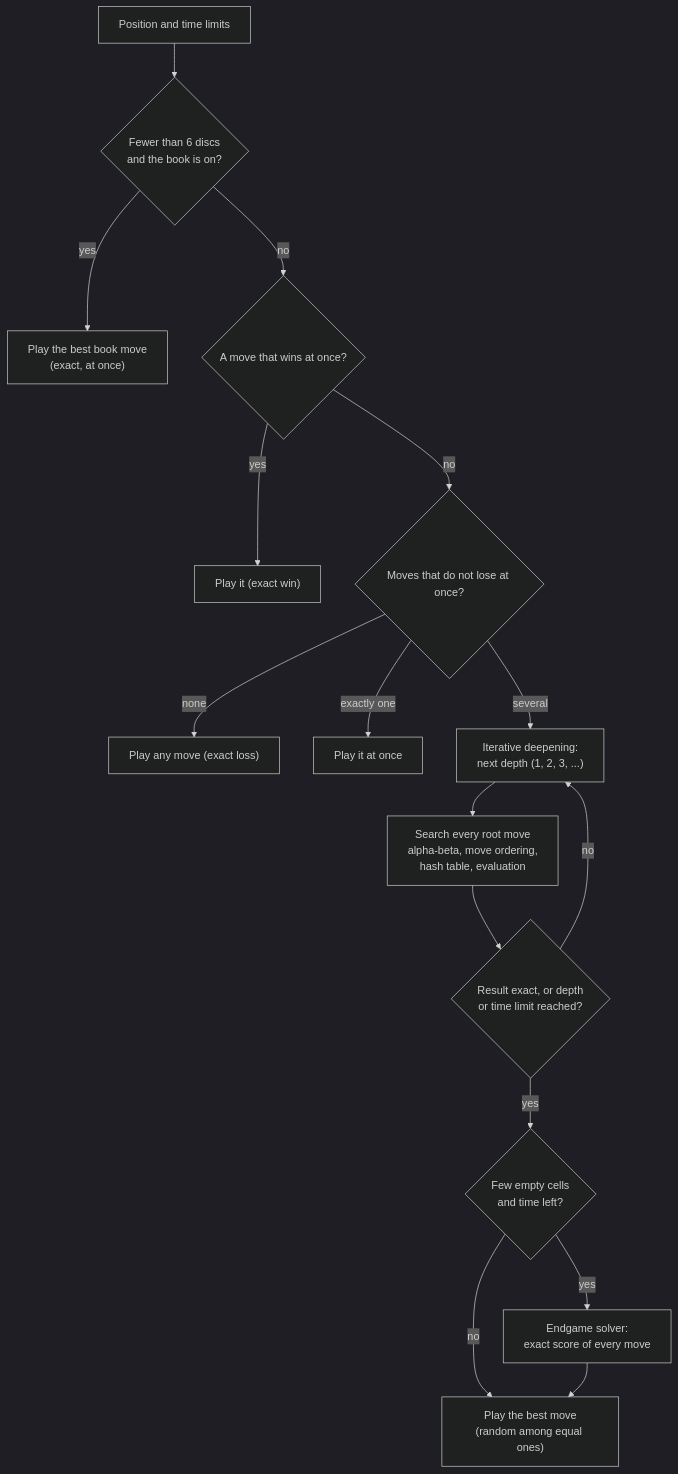
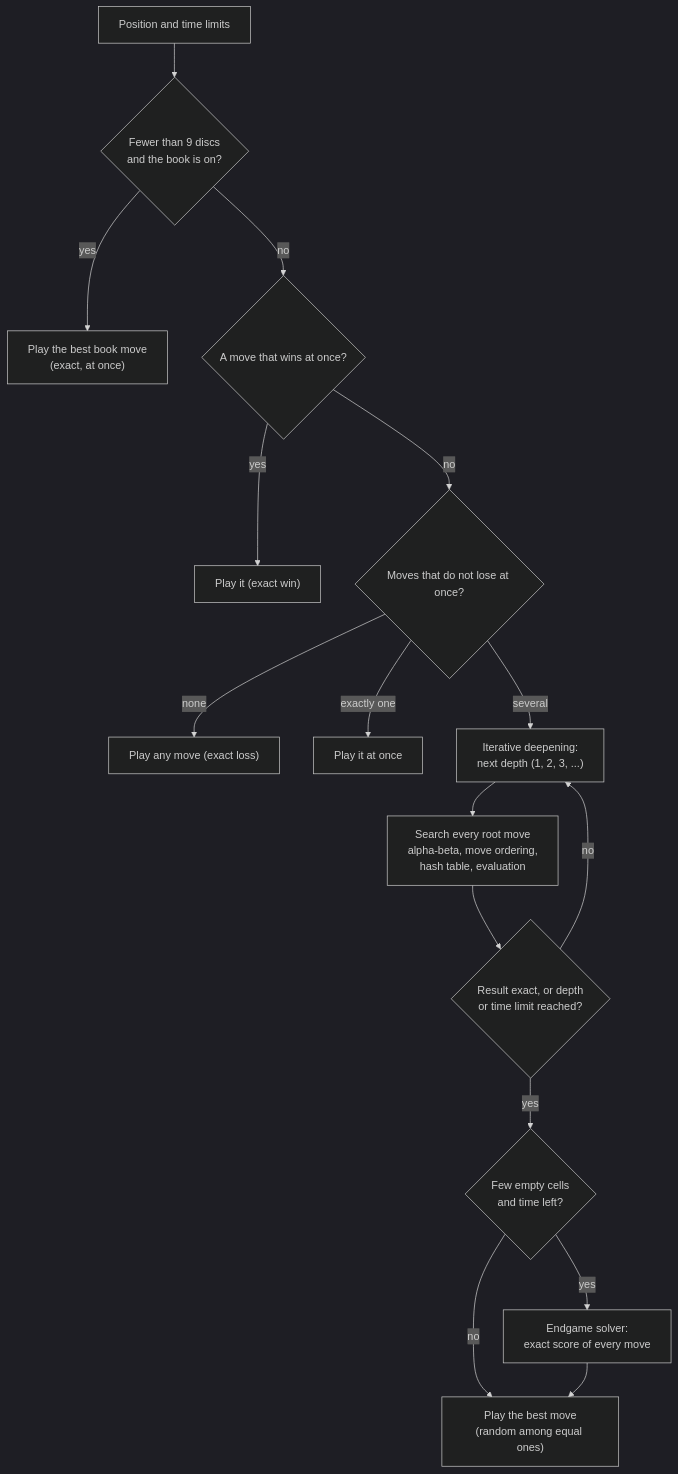
One commit to cjpkmd/Connect-4 changed the diagram in docs/brain/README.md. Above: the diagram before and after it, drawn with Mermaid (dark theme). The commit also changed other lines of this file and 13 other files, not shown here.

````diff
--- a/docs/brain/README.md
+++ b/docs/brain/README.md
@@ -17,18 +17,18 @@
 ```mermaid
 flowchart TD
-    Start["Position and time limits"] --> Book{"Fewer than 6 discs<br/>and the book is on?"}
+    Start["Position and time limits"] --> Book{"Fewer than 9 discs<br/>and the book is on?"}
     Book -- "yes" --> PlayBook["Play the best book move<br/>(exact, at once)"]
     Book -- "no" --> Win{"A move that wins at once?"}
     Win -- "yes" --> PlayWin["Play it (exact win)"]
     Win -- "no" --> Safe{"Moves that do not lose at once?"}
     Safe -- "none" --> Lost["Play any move (exact loss)"]
     Safe -- "exactly one" --> Forced["Play it at once"]
     Safe -- "several" --> Next["Iterative deepening:<br/>next depth (1, 2, 3, ...)"]
     Next --> Root["Search every root move<br/>alpha-beta, move ordering,<br/>hash table, evaluation"]
     Root --> Final{"Result exact, or depth<br/>or time limit reached?"}
     Final -- "no" --> Next
     Final -- "yes" --> Few{"Few empty cells<br/>and time left?"}
     Few -- "yes" --> Solve["Endgame solver:<br/>exact score of every move"]
     Few -- "no" --> Best["Play the best move<br/>(random among equal ones)"]
     Solve --> Best
 ```
````
